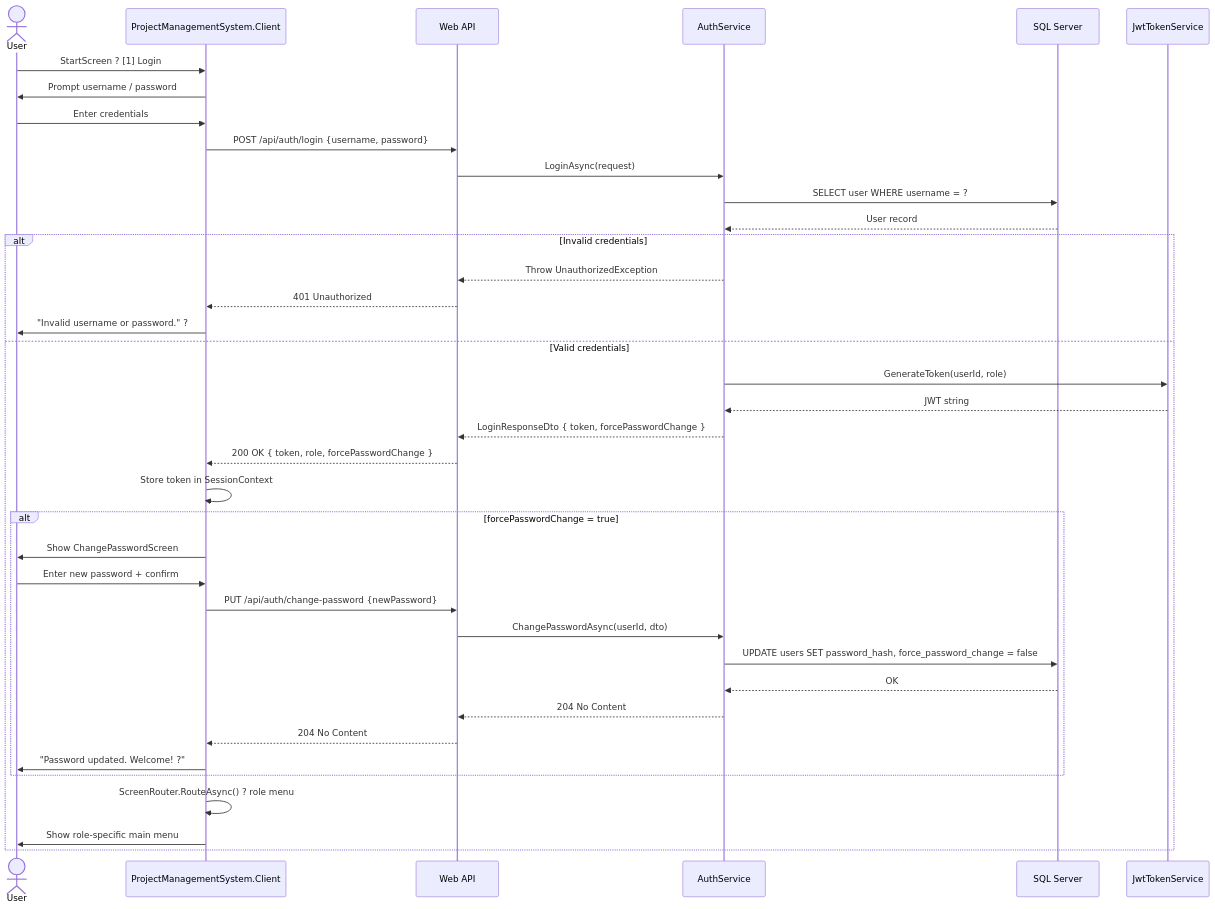
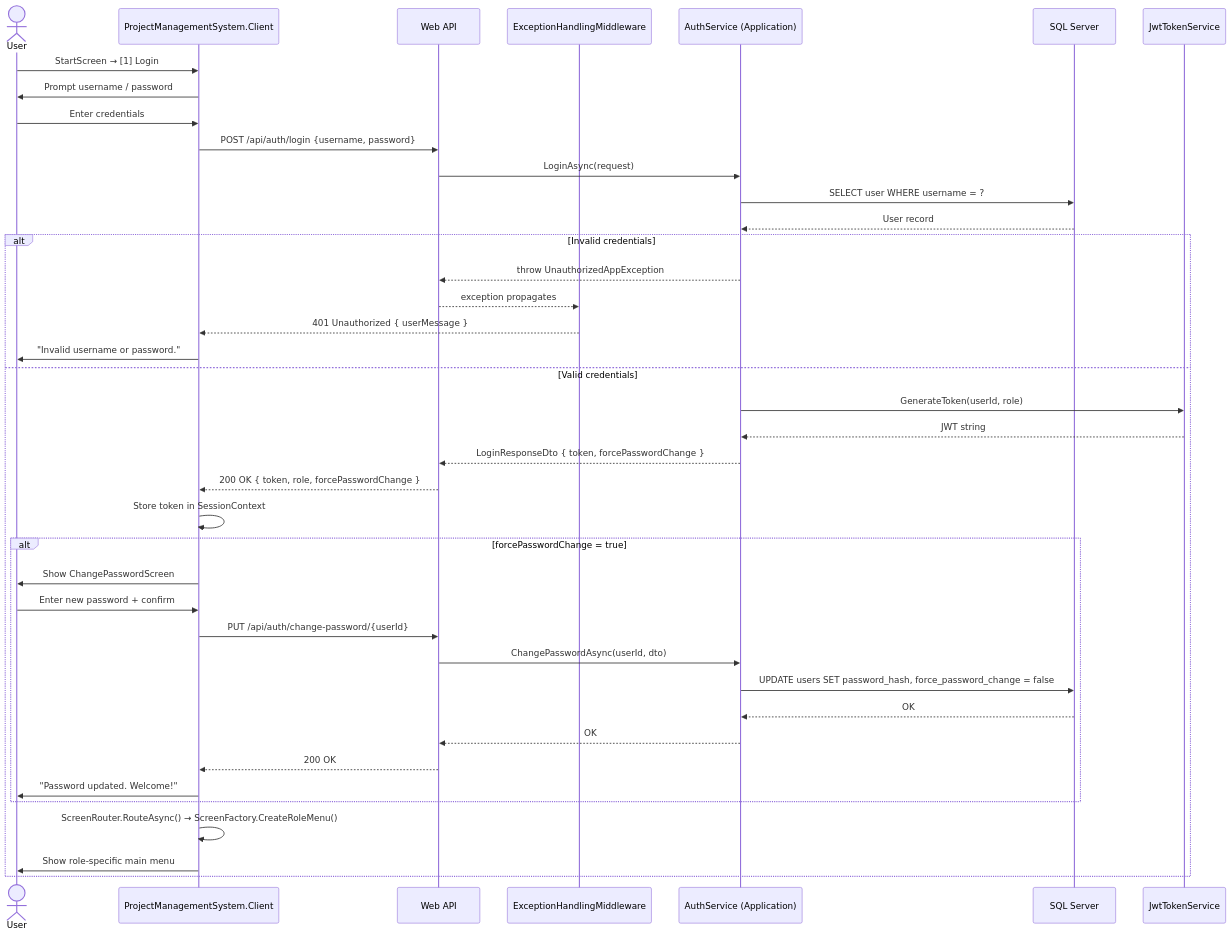
The first of 14 diagrams in docs/Solution/Sequence_Diagram.md (HariAdk/PRM), drawn with Mermaid before and after one commit. The commit also changed other lines of this file and 21 other files, not shown here.

Commit message:
Updated diagrams

````diff
--- a/docs/Solution/Sequence_Diagram.md
+++ b/docs/Solution/Sequence_Diagram.md
@@ -27,45 +28,47 @@
 ```mermaid
 sequenceDiagram
     actor User
     participant Client  as ProjectManagementSystem.Client
     participant API     as Web API
-    participant AuthSvc as AuthService
+    participant MW    as ExceptionHandlingMiddleware
+    participant AuthSvc as AuthService (Application)
     participant DB      as SQL Server
     participant JWT     as JwtTokenService
 
-    User->>Client: StartScreen ? [1] Login
+    User->>Client: StartScreen → [1] Login
     Client->>User: Prompt username / password
     User->>Client: Enter credentials
 
     Client->>API: POST /api/auth/login {username, password}
     API->>AuthSvc: LoginAsync(request)
     AuthSvc->>DB: SELECT user WHERE username = ?
     DB-->>AuthSvc: User record
 
     alt Invalid credentials
-        AuthSvc-->>API: Throw UnauthorizedException
-        API-->>Client: 401 Unauthorized
-        Client->>User: "Invalid username or password." ?
+        AuthSvc-->>API: throw UnauthorizedAppException
+        API-->>MW: exception propagates
+        MW-->>Client: 401 Unauthorized { userMessage }
+        Client->>User: "Invalid username or password."
     else Valid credentials
         AuthSvc->>JWT: GenerateToken(userId, role)
         JWT-->>AuthSvc: JWT string
         AuthSvc-->>API: LoginResponseDto { token, forcePasswordChange }
         API-->>Client: 200 OK { token, role, forcePasswordChange }
         Client->>Client: Store token in SessionContext
 
         alt forcePasswordChange = true
             Client->>User: Show ChangePasswordScreen
             User->>Client: Enter new password + confirm
-            Client->>API: PUT /api/auth/change-password {newPassword}
+            Client->>API: PUT /api/auth/change-password/{userId}
             API->>AuthSvc: ChangePasswordAsync(userId, dto)
             AuthSvc->>DB: UPDATE users SET password_hash, force_password_change = false
             DB-->>AuthSvc: OK
-            AuthSvc-->>API: 204 No Content
-            API-->>Client: 204 No Content
-            Client->>User: "Password updated. Welcome! ?"
+            AuthSvc-->>API: OK
+            API-->>Client: 200 OK
+            Client->>User: "Password updated. Welcome!"
         end
 
-        Client->>Client: ScreenRouter.RouteAsync() ? role menu
+        Client->>Client: ScreenRouter.RouteAsync() → ScreenFactory.CreateRoleMenu()
         Client->>User: Show role-specific main menu
     end
 ```
````
